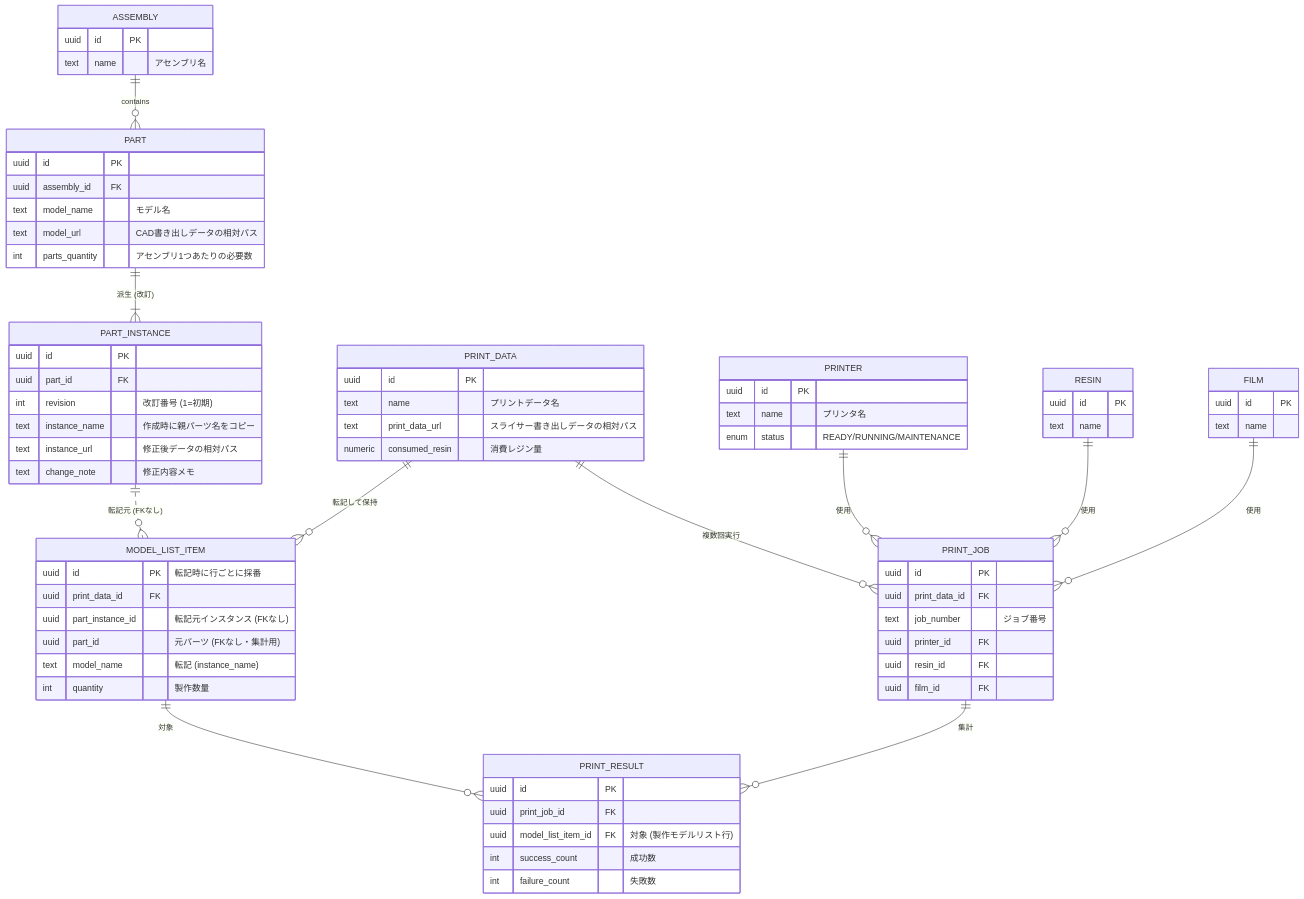
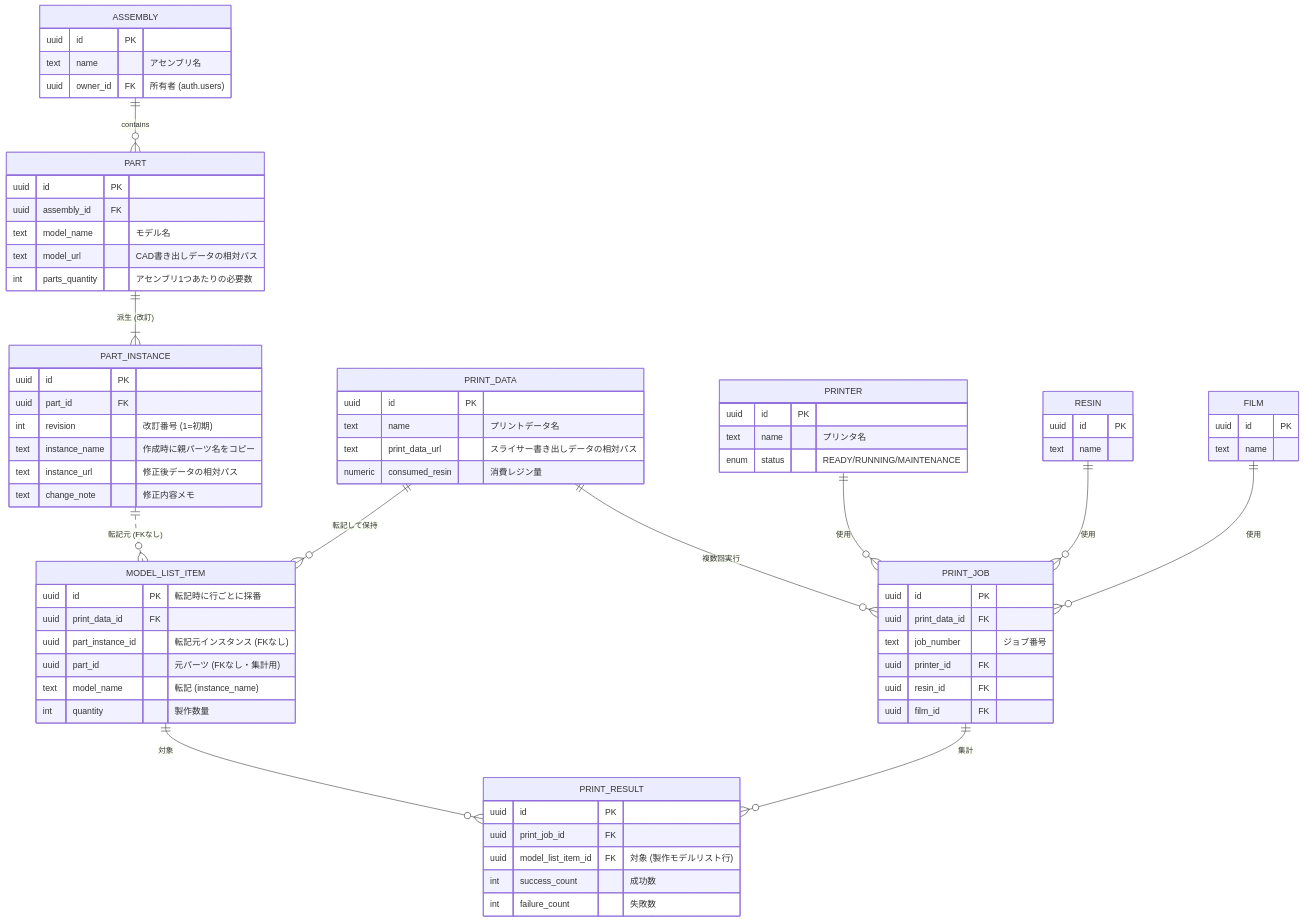
One commit to Yaeshio/SN-923-A changed the diagram in specs/02_data_model.md. Above: the diagram before and after it, drawn with Mermaid. The commit also changed other lines of this file and 89 other files, not shown here.

````diff
--- a/specs/02_data_model.md
+++ b/specs/02_data_model.md
@@ -37,77 +38,78 @@
 ```mermaid
 erDiagram
     ASSEMBLY ||--o{ PART : contains
     PART ||--|{ PART_INSTANCE : "派生 (改訂)"
 
     PRINT_DATA ||--o{ MODEL_LIST_ITEM : "転記して保持"
     PART_INSTANCE ||..o{ MODEL_LIST_ITEM : "転記元 (FKなし)"
 
     PRINT_DATA ||--o{ PRINT_JOB : "複数回実行"
     PRINT_JOB ||--o{ PRINT_RESULT : "集計"
     MODEL_LIST_ITEM ||--o{ PRINT_RESULT : "対象"
     PRINTER ||--o{ PRINT_JOB : "使用"
     RESIN ||--o{ PRINT_JOB : "使用"
     FILM ||--o{ PRINT_JOB : "使用"
 
     ASSEMBLY {
         uuid id PK
         text name "アセンブリ名"
+        uuid owner_id FK "所有者 (auth.users)"
     }
     PART {
         uuid id PK
         uuid assembly_id FK
         text model_name "モデル名"
         text model_url "CAD書き出しデータの相対パス"
         int parts_quantity "アセンブリ1つあたりの必要数"
     }
     PART_INSTANCE {
         uuid id PK
         uuid part_id FK
         int revision "改訂番号 (1=初期)"
         text instance_name "作成時に親パーツ名をコピー"
         text instance_url "修正後データの相対パス"
         text change_note "修正内容メモ"
     }
     PRINT_DATA {
         uuid id PK
         text name "プリントデータ名"
         text print_data_url "スライサー書き出しデータの相対パス"
         numeric consumed_resin "消費レジン量"
     }
     MODEL_LIST_ITEM {
         uuid id PK "転記時に行ごとに採番"
         uuid print_data_id FK
         uuid part_instance_id "転記元インスタンス (FKなし)"
         uuid part_id "元パーツ (FKなし・集計用)"
         text model_name "転記 (instance_name)"
         int quantity "製作数量"
     }
     PRINT_JOB {
         uuid id PK
         uuid print_data_id FK
         text job_number "ジョブ番号"
         uuid printer_id FK
         uuid resin_id FK
         uuid film_id FK
     }
     PRINT_RESULT {
         uuid id PK
         uuid print_job_id FK
         uuid model_list_item_id FK "対象 (製作モデルリスト行)"
         int success_count "成功数"
         int failure_count "失敗数"
     }
     PRINTER {
         uuid id PK
         text name "プリンタ名"
         enum status "READY/RUNNING/MAINTENANCE"
     }
     RESIN {
         uuid id PK
         text name
     }
     FILM {
         uuid id PK
         text name
     }
 ```
````
